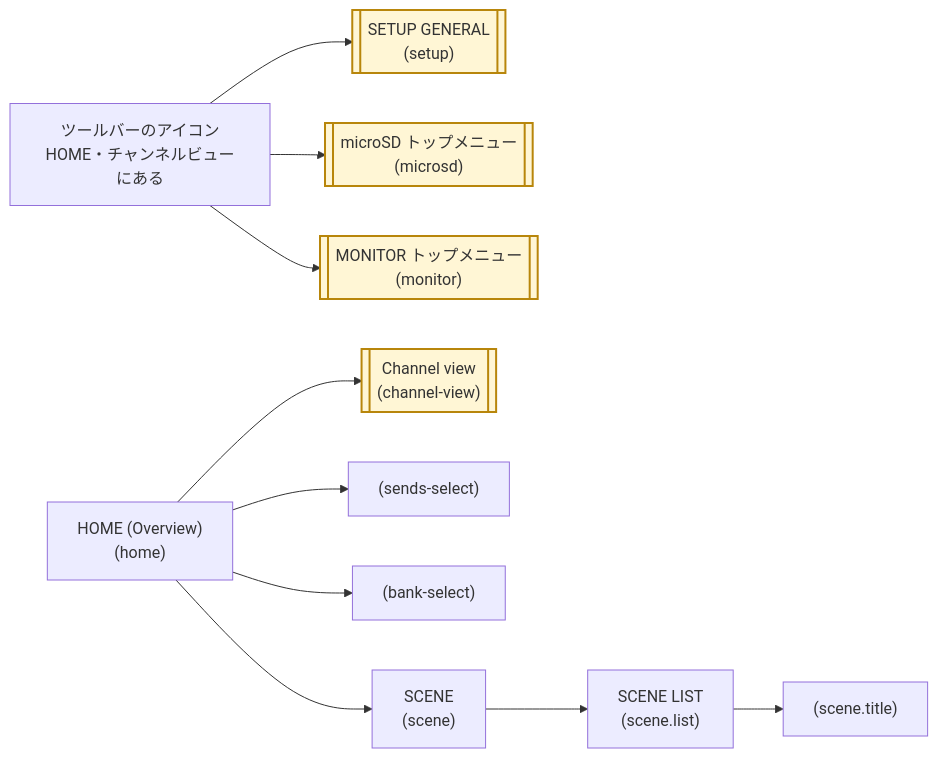
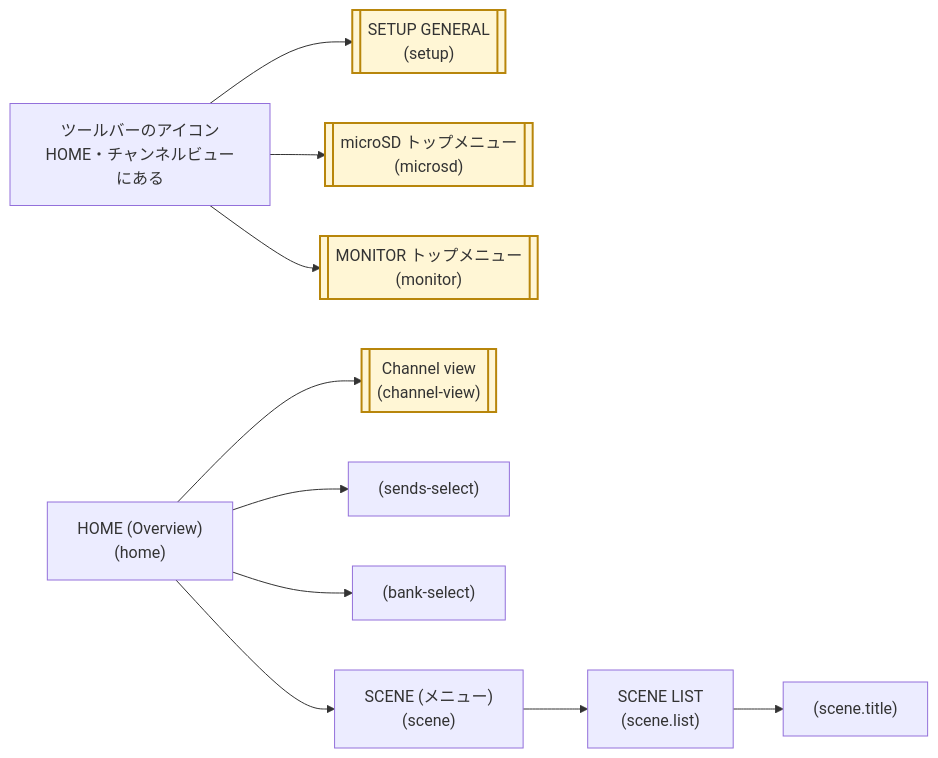
The first of 3 diagrams in docs/ja/screen-map.md (semnil/urx-lcd-sim), drawn with Mermaid before and after one commit.

Commit message:
Name the SCENE node in the Japanese screen map as the inventory does
The Japanese screen map drew the node HOME opens from the scene name as
SCENE, while the English map draws SCENE (menu) and both inventories name
the screen SCENE (menu) / SCENE (メニュー). The Japanese map now draws
SCENE (メニュー) there.

````diff
--- a/docs/ja/screen-map.md
+++ b/docs/ja/screen-map.md
@@ -12,16 +12,16 @@
 ```mermaid
 flowchart LR
   ICONS["ツールバーのアイコン<br>HOME・チャンネルビューにある"]
   ICONS --> SETUP[["SETUP GENERAL<br>(setup)"]]:::ref
   ICONS --> SD[["microSD トップメニュー<br>(microsd)"]]:::ref
   ICONS --> MON[["MONITOR トップメニュー<br>(monitor)"]]:::ref
 
   HOME["HOME (Overview)<br>(home)"]
   HOME --> CV[["Channel view<br>(channel-view)"]]:::ref
   HOME --> SENDS["(sends-select)"]
   HOME --> BANK["(bank-select)"]
-  HOME --> SCENE["SCENE<br>(scene)"]
+  HOME --> SCENE["SCENE (メニュー)<br>(scene)"]
   SCENE --> SLIST["SCENE LIST<br>(scene.list)"]
   SLIST --> STITLE["(scene.title)"]
   classDef ref fill:#fff6d5,stroke:#b8860b,stroke-width:2px;
 ```
````
